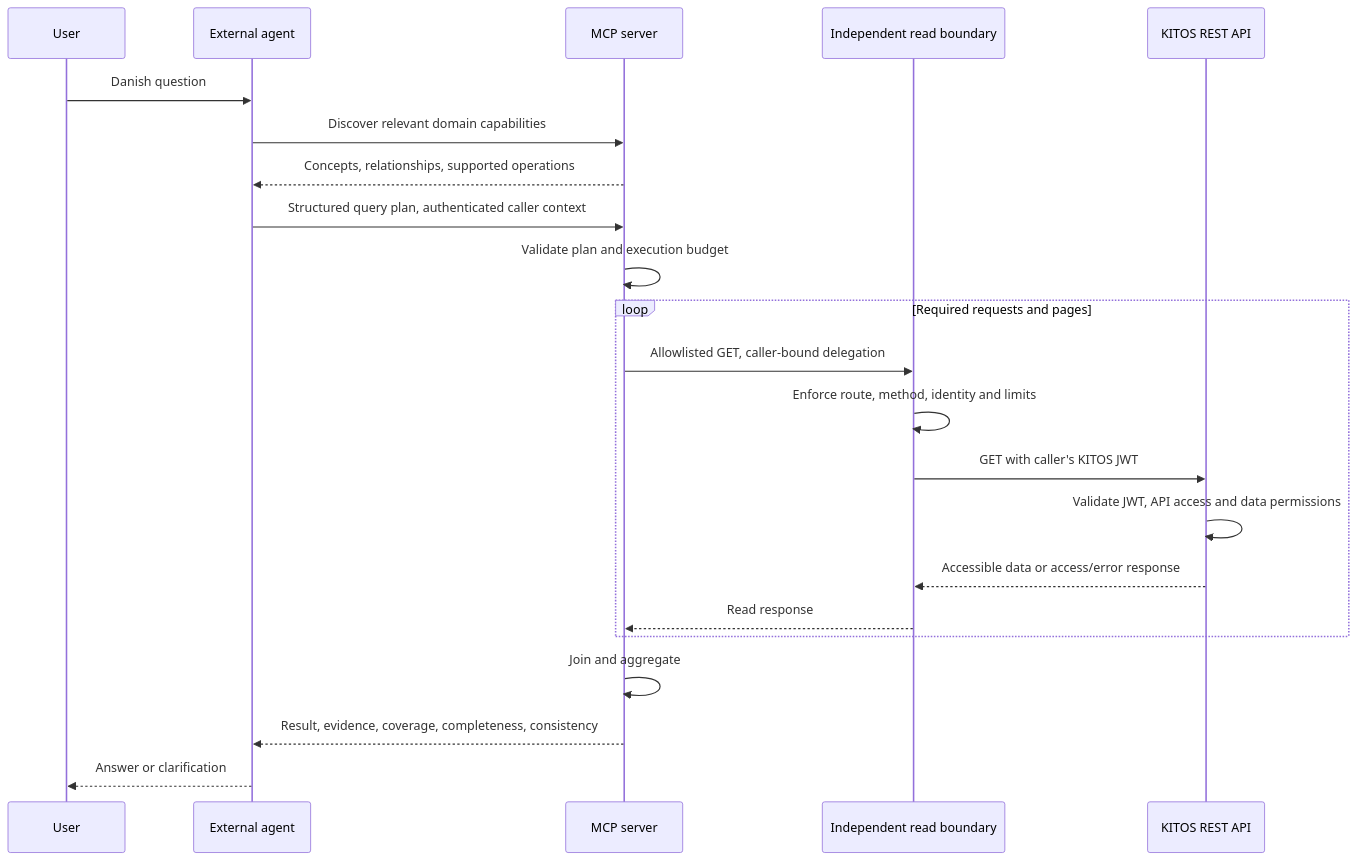
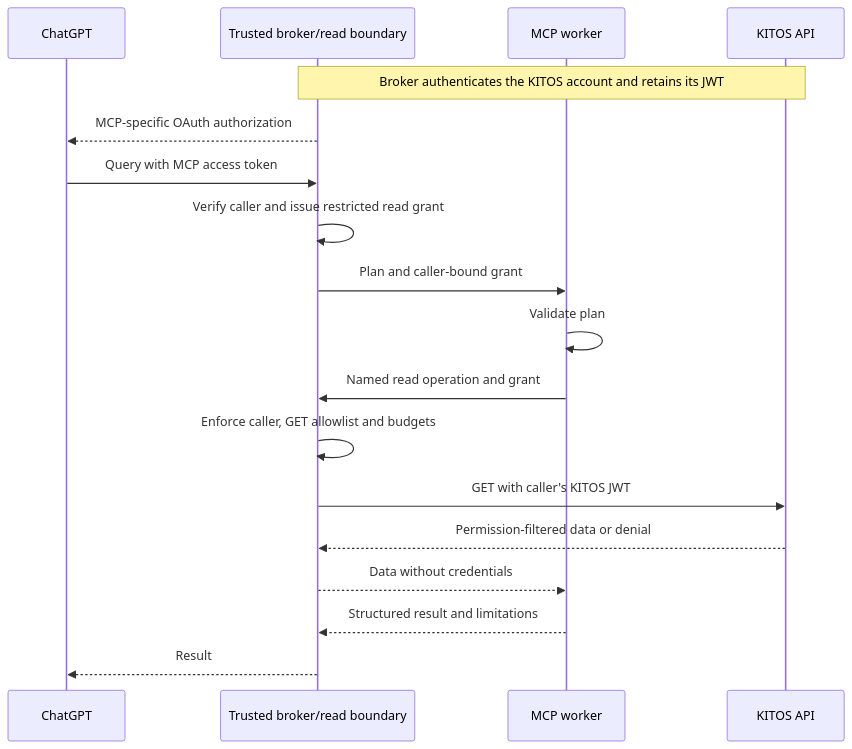
One commit to Strongminds/kitos changed the second of 2 diagrams in docs/designs/kitos-mcp-server.md. Above: the diagram before and after it, drawn with Mermaid. The commit also changed other lines of this file and 48 other files, not shown here.

````diff
--- a/docs/designs/kitos-mcp-server.md
+++ b/docs/designs/kitos-mcp-server.md
@@ -87,24 +56,20 @@
 ```mermaid
 sequenceDiagram
-    participant U as User
-    participant A as External agent
-    participant M as MCP server
-    participant B as Independent read boundary
-    participant K as KITOS REST API
-    U->>A: Danish question
-    A->>M: Discover relevant domain capabilities
-    M-->>A: Concepts, relationships, supported operations
-    A->>M: Structured query plan, authenticated caller context
-    M->>M: Validate plan and execution budget
-    loop Required requests and pages
-        M->>B: Allowlisted GET, caller-bound delegation
-        B->>B: Enforce route, method, identity and limits
-        B->>K: GET with caller's KITOS JWT
-        K->>K: Validate JWT, API access and data permissions
-        K-->>B: Accessible data or access/error response
-        B-->>M: Read response
-    end
-    M->>M: Join and aggregate
-    M-->>A: Result, evidence, coverage, completeness, consistency
-    A-->>U: Answer or clarification
+    participant A as ChatGPT
+    participant B as Trusted broker/read boundary
+    participant M as MCP worker
+    participant K as KITOS API
+    Note over B,K: Broker authenticates the KITOS account and retains its JWT
+    B-->>A: MCP-specific OAuth authorization
+    A->>B: Query with MCP access token
+    B->>B: Verify caller and issue restricted read grant
+    B->>M: Plan and caller-bound grant
+    M->>M: Validate plan
+    M->>B: Named read operation and grant
+    B->>B: Enforce caller, GET allowlist and budgets
+    B->>K: GET with caller's KITOS JWT
+    K-->>B: Permission-filtered data or denial
+    B-->>M: Data without credentials
+    M-->>B: Structured result and limitations
+    B-->>A: Result
 ```
````
